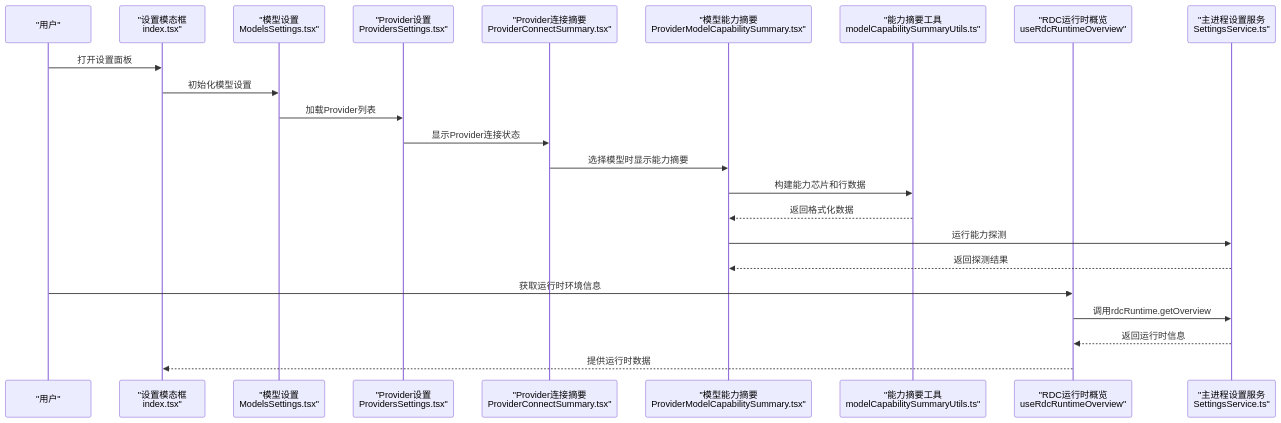
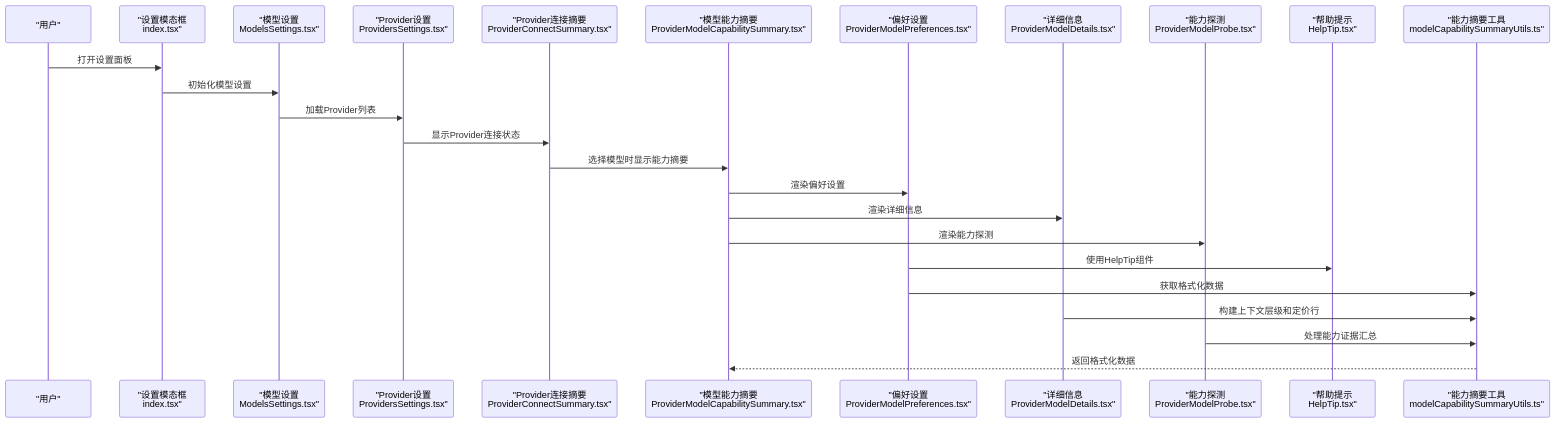
The second of 4 diagrams in .qoder/repowiki/zh/content/用户界面/设置面板/设置面板.md (haolange/RDC-Agent), drawn with Mermaid before and after one commit. The commit also changed other lines of this file and 71 other files, not shown here.

````diff
--- a/.qoder/repowiki/zh/content/用户界面/设置面板/设置面板.md
+++ b/.qoder/repowiki/zh/content/用户界面/设置面板/设置面板.md
@@ -120,25 +136,27 @@
 ```mermaid
 sequenceDiagram
 participant U as "用户"
 participant M as "设置模态框<br/>index.tsx"
 participant MS as "模型设置<br/>ModelsSettings.tsx"
 participant PS as "Provider设置<br/>ProvidersSettings.tsx"
 participant PCS as "Provider连接摘要<br/>ProviderConnectSummary.tsx"
 participant PMCS as "模型能力摘要<br/>ProviderModelCapabilitySummary.tsx"
+participant PMP as "偏好设置<br/>ProviderModelPreferences.tsx"
+participant PMD as "详细信息<br/>ProviderModelDetails.tsx"
+participant PMPB as "能力探测<br/>ProviderModelProbe.tsx"
+participant HT as "帮助提示<br/>HelpTip.tsx"
 participant MCUT as "能力摘要工具<br/>modelCapabilitySummaryUtils.ts"
-participant RO as "RDC运行时概览<br/>useRdcRuntimeOverview"
-participant P as "主进程设置服务<br/>SettingsService.ts"
 U->>M : 打开设置面板
 M->>MS : 初始化模型设置
 MS->>PS : 加载Provider列表
 PS->>PCS : 显示Provider连接状态
 PCS->>PMCS : 选择模型时显示能力摘要
-PMCS->>MCUT : 构建能力芯片和行数据
+PMCS->>PMP : 渲染偏好设置
+PMCS->>PMD : 渲染详细信息
+PMCS->>PMPB : 渲染能力探测
+PMP->>HT : 使用HelpTip组件
+PMP->>MCUT : 获取格式化数据
+PMD->>MCUT : 构建上下文层级和定价行
+PMPB->>MCUT : 处理能力证据汇总
 MCUT-->>PMCS : 返回格式化数据
-PMCS->>P : 运行能力探测
-P-->>PMCS : 返回探测结果
-U->>RO : 获取运行时环境信息
-RO->>P : 调用rdcRuntime.getOverview
-P-->>RO : 返回运行时信息
-RO-->>M : 提供运行时数据
 ```
````
